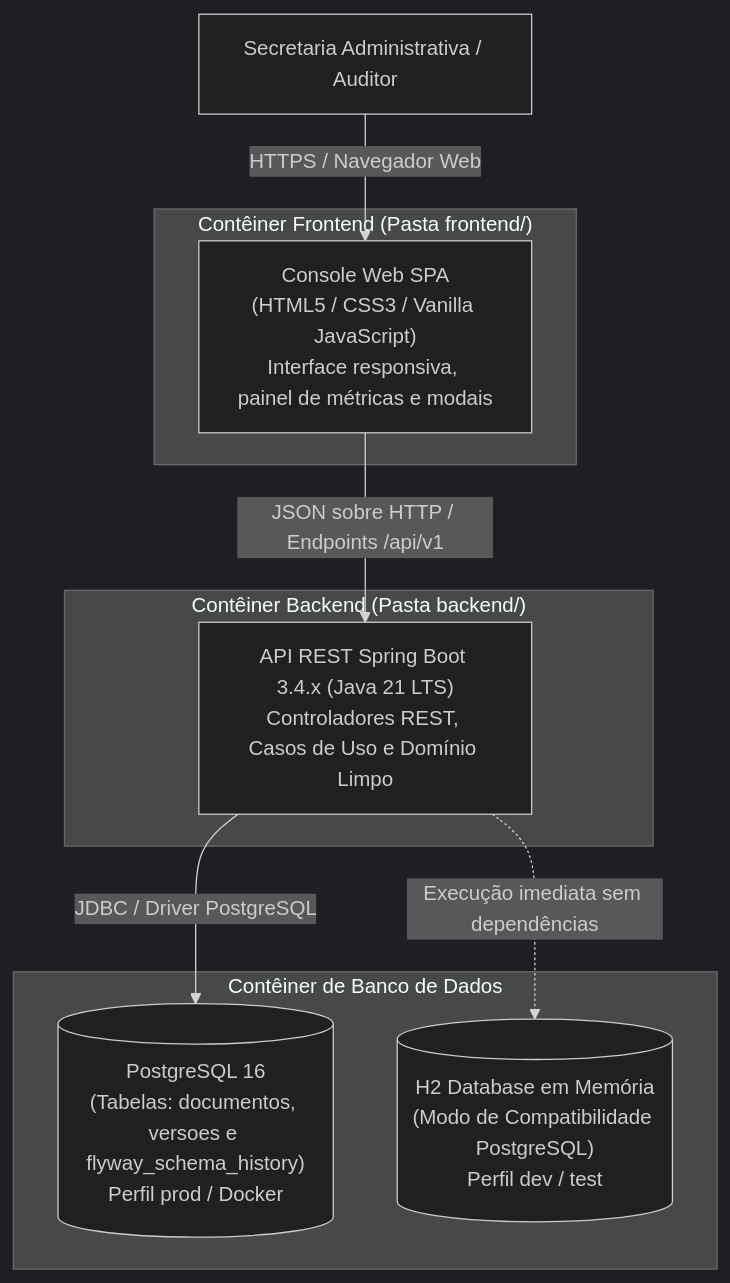
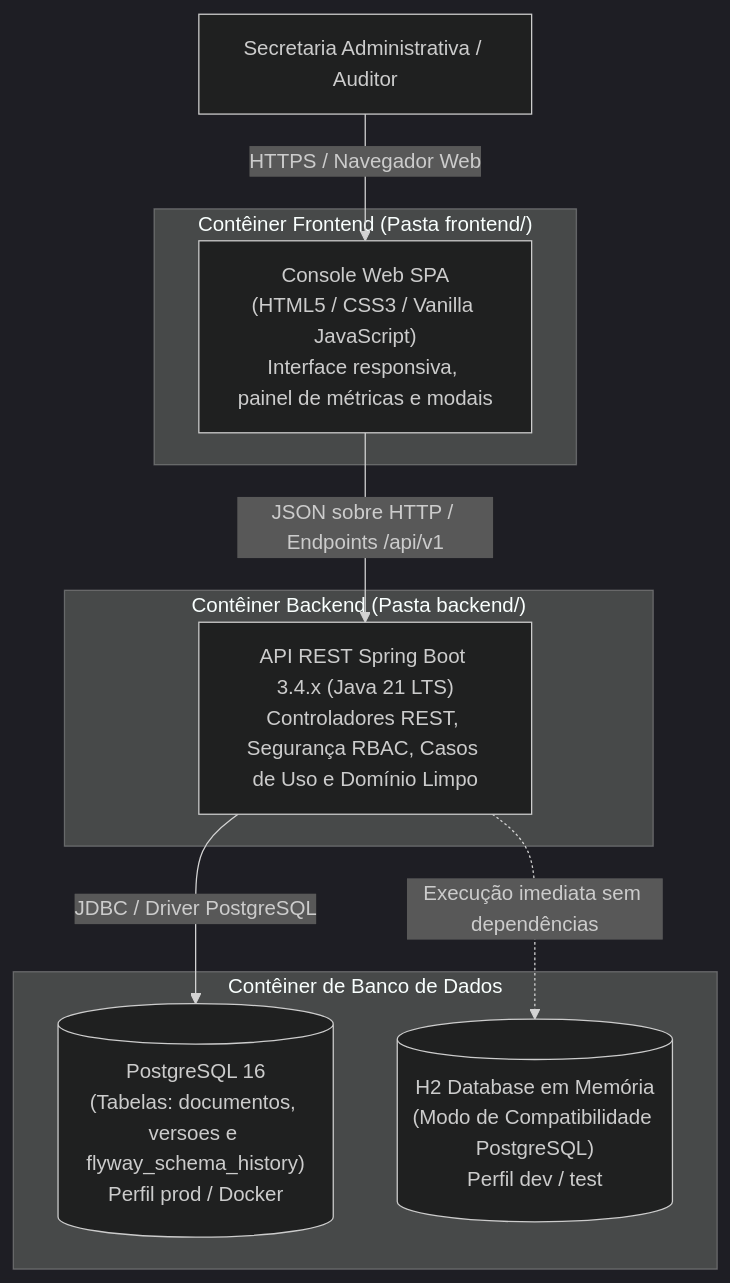
One commit to gixweb/ONG-Arquivo-Digital changed the second of 7 diagrams in docs/arquitetura.md. Above: the diagram before and after it, drawn with Mermaid (dark theme). The commit also changed other lines of this file and 10 other files, not shown here.

````diff
--- a/docs/arquitetura.md
+++ b/docs/arquitetura.md
@@ -37,22 +38,22 @@
 ```mermaid
 flowchart TD
     User["Secretaria Administrativa / Auditor"]
 
     subgraph ClientContainer ["Contêiner Frontend (Pasta frontend/)"]
         SPA["Console Web SPA\n(HTML5 / CSS3 / Vanilla JavaScript)\nInterface responsiva, painel de métricas e modais"]
     end
 
     subgraph ServerContainer ["Contêiner Backend (Pasta backend/)"]
-        API["API REST Spring Boot 3.4.x (Java 21 LTS)\nControladores REST, Casos de Uso e Domínio Limpo"]
+        API["API REST Spring Boot 3.4.x (Java 21 LTS)\nControladores REST, Segurança RBAC, Casos de Uso e Domínio Limpo"]
     end
 
     subgraph DatabaseContainer ["Contêiner de Banco de Dados"]
         Postgres[("PostgreSQL 16\n(Tabelas: documentos, versoes e flyway_schema_history)\nPerfil prod / Docker")]
         H2Mem[("H2 Database em Memória\n(Modo de Compatibilidade PostgreSQL)\nPerfil dev / test")]
     end
 
     User -->|HTTPS / Navegador Web| SPA
     SPA -->|JSON sobre HTTP / Endpoints /api/v1| API
     API -->|JDBC / Driver PostgreSQL| Postgres
     API -.->|Execução imediata sem dependências| H2Mem
 ```
````
